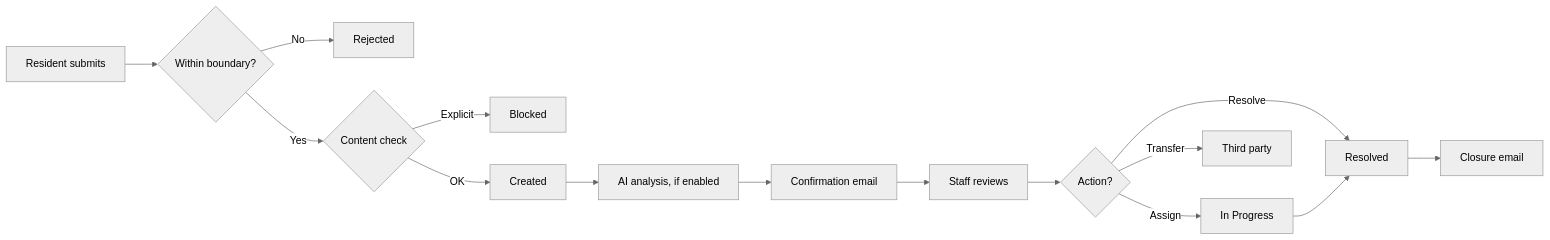
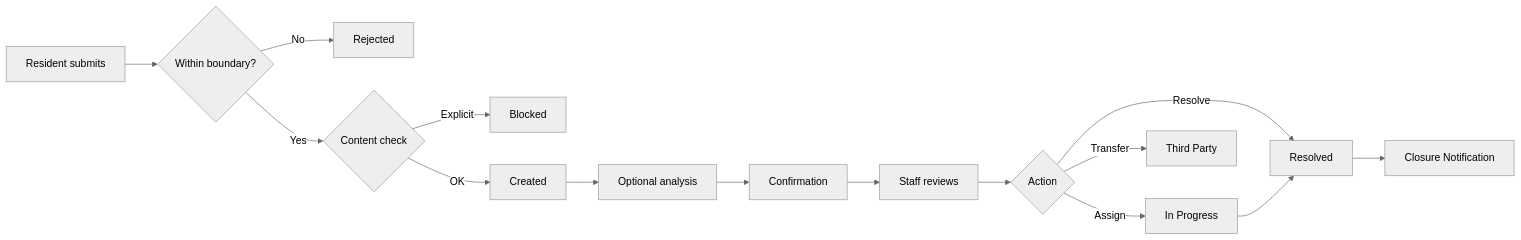
The third of 4 diagrams in README.md (Pinpoint-311/Pinpoint-311), drawn with Mermaid (neutral theme) before and after one commit. The commit also changed other lines of this file, not shown here.

````diff
--- a/README.md
+++ b/README.md
@@ -202,21 +829,21 @@
 ```mermaid
 flowchart LR
     A[Resident submits] --> B{Within boundary?}
     B -->|No| C[Rejected]
     B -->|Yes| M{Content check}
     M -->|Explicit| C2[Blocked]
     M -->|OK| D[Created]
 
-    D --> E[AI analysis, if enabled]
-    E --> F[Confirmation email]
+    D --> E[Optional analysis]
+    E --> F[Confirmation]
 
     F --> G[Staff reviews]
-    G --> H{Action?}
+    G --> H{Action}
 
     H -->|Assign| I[In Progress]
     H -->|Resolve| J[Resolved]
-    H -->|Transfer| K[Third party]
+    H -->|Transfer| K[Third Party]
 
     I --> J
-    J --> L[Closure email]
+    J --> L[Closure Notification]
 ```
````
